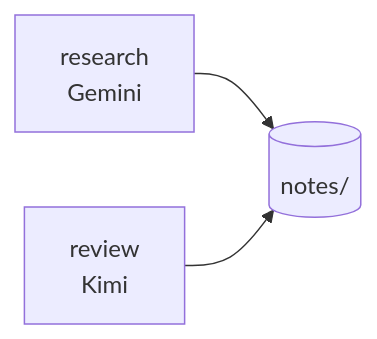
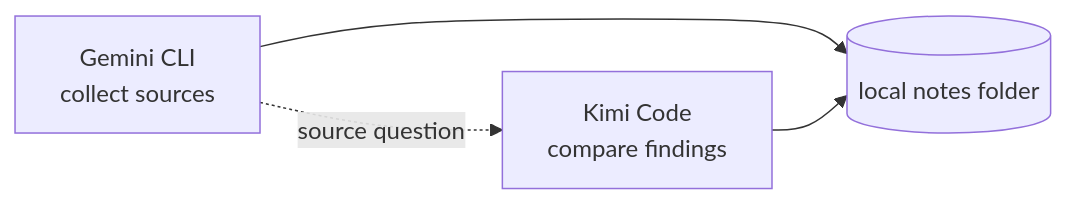
Before and after one commit to automatis-tools/agents-can-communicate: the diagram in examples/non-git-research.md, drawn with Mermaid. The commit also changed other lines of this file and 12 other files, not shown here.

````diff
--- a/examples/non-git-research.md
+++ b/examples/non-git-research.md
@@ -6,5 +15,6 @@
 ```mermaid
 graph LR
-  A[research<br/>Gemini] --> N[(notes/)]
-  B[review<br/>Kimi] --> N
+  A["Gemini CLI<br/>collect sources"] --> N[("local notes folder")]
+  B["Kimi Code<br/>compare findings"] --> N
+  A -.->|source question| B
 ```
````
